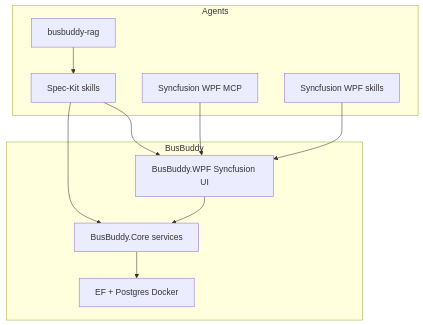
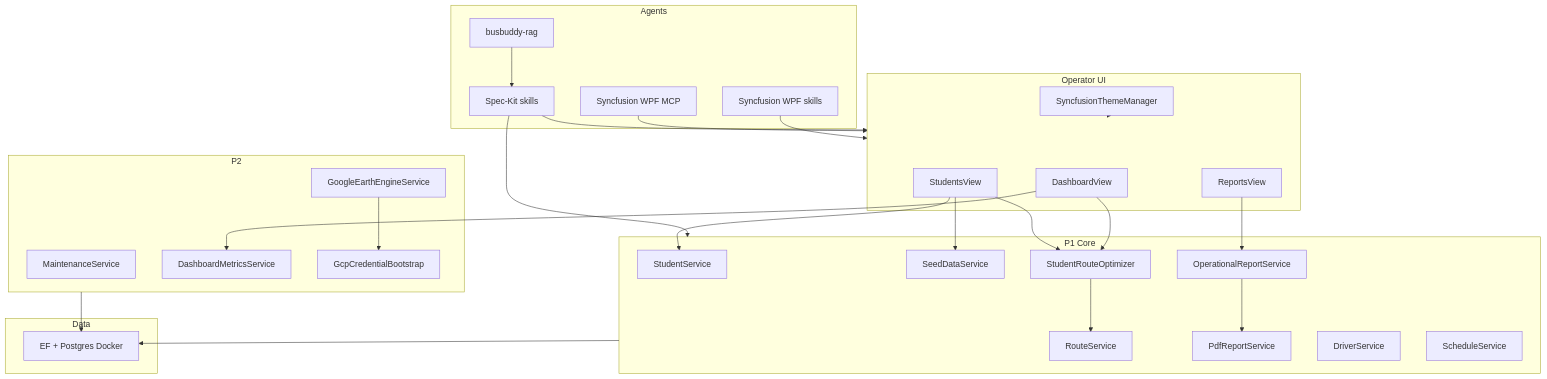
One commit to Bigessfour/BusBuddy-3 changed the diagram in docs/function-tree.md. Above: the diagram before and after it, drawn with Mermaid. The commit also changed other lines of this file and 4 other files, not shown here.

````diff
--- a/docs/function-tree.md
+++ b/docs/function-tree.md
@@ -5,21 +5,51 @@
 ```mermaid
 flowchart TB
   subgraph agents [Agents]
     SpecKit[Spec-Kit skills]
     RAG[busbuddy-rag]
     SfMCP[Syncfusion WPF MCP]
     SfSkills[Syncfusion WPF skills]
   end
-  subgraph app [BusBuddy]
-    WPF[BusBuddy.WPF Syncfusion UI]
-    Core[BusBuddy.Core services]
-    Data[EF + Postgres Docker]
+  subgraph ui [Operator UI]
+    Students[StudentsView]
+    Reports[ReportsView]
+    Dashboard[DashboardView]
+    Theme[SyncfusionThemeManager]
   end
-  SpecKit --> Core
-  SpecKit --> WPF
+  subgraph core [P1 Core]
+    StudentSvc[StudentService]
+    Seed[SeedDataService]
+    RouteSvc[RouteService]
+    Opt[StudentRouteOptimizer]
+    ReportsSvc[OperationalReportService]
+    Pdf[PdfReportService]
+    DriverSvc[DriverService]
+    Sched[ScheduleService]
+  end
+  subgraph p2 [P2]
+    Maint[MaintenanceService]
+    GEE[GoogleEarthEngineService]
+    Metrics[DashboardMetricsService]
+    Gcp[GcpCredentialBootstrap]
+  end
+  subgraph data [Data]
+    EF[EF + Postgres Docker]
+  end
+  SpecKit --> core
+  SpecKit --> ui
   RAG --> SpecKit
-  SfMCP --> WPF
-  SfSkills --> WPF
-  WPF --> Core
-  Core --> Data
+  SfMCP --> ui
+  SfSkills --> ui
+  Students --> StudentSvc
+  Students --> Seed
+  Students --> Opt
+  Reports --> ReportsSvc
+  ReportsSvc --> Pdf
+  Dashboard --> Metrics
+  Dashboard --> Opt
+  Opt --> RouteSvc
+  Theme --> ui
+  core --> EF
+  p2 --> EF
+  GEE --> Gcp
 ```
````
